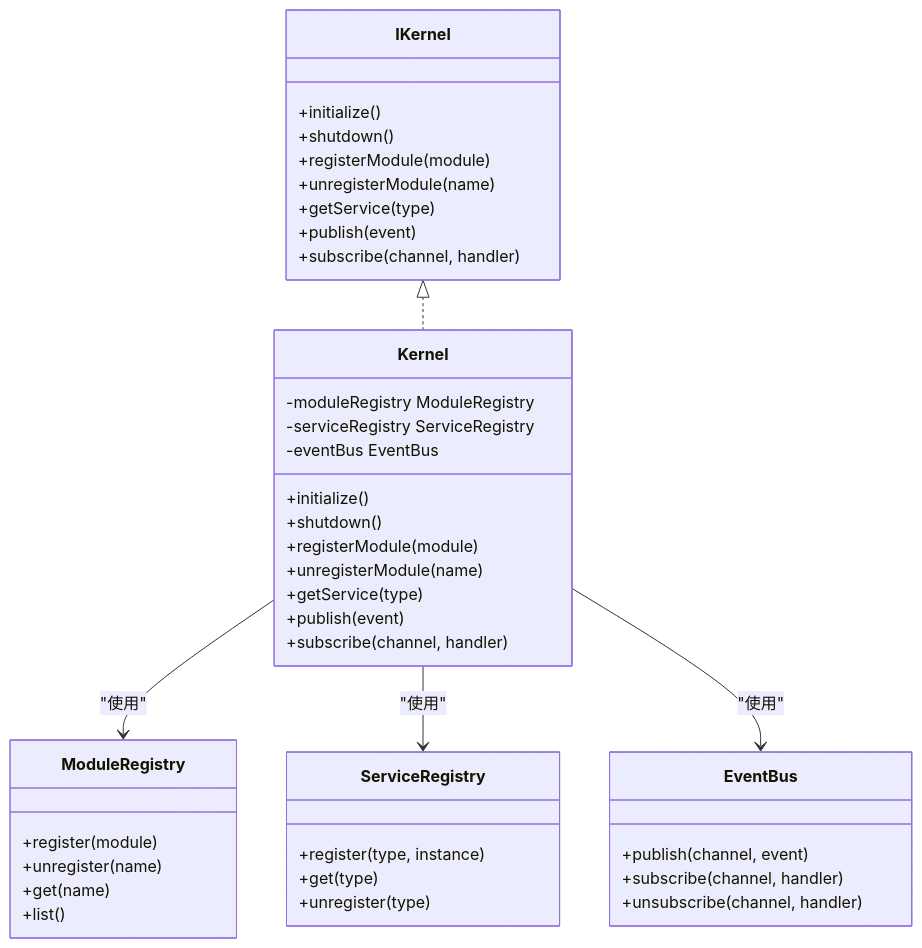
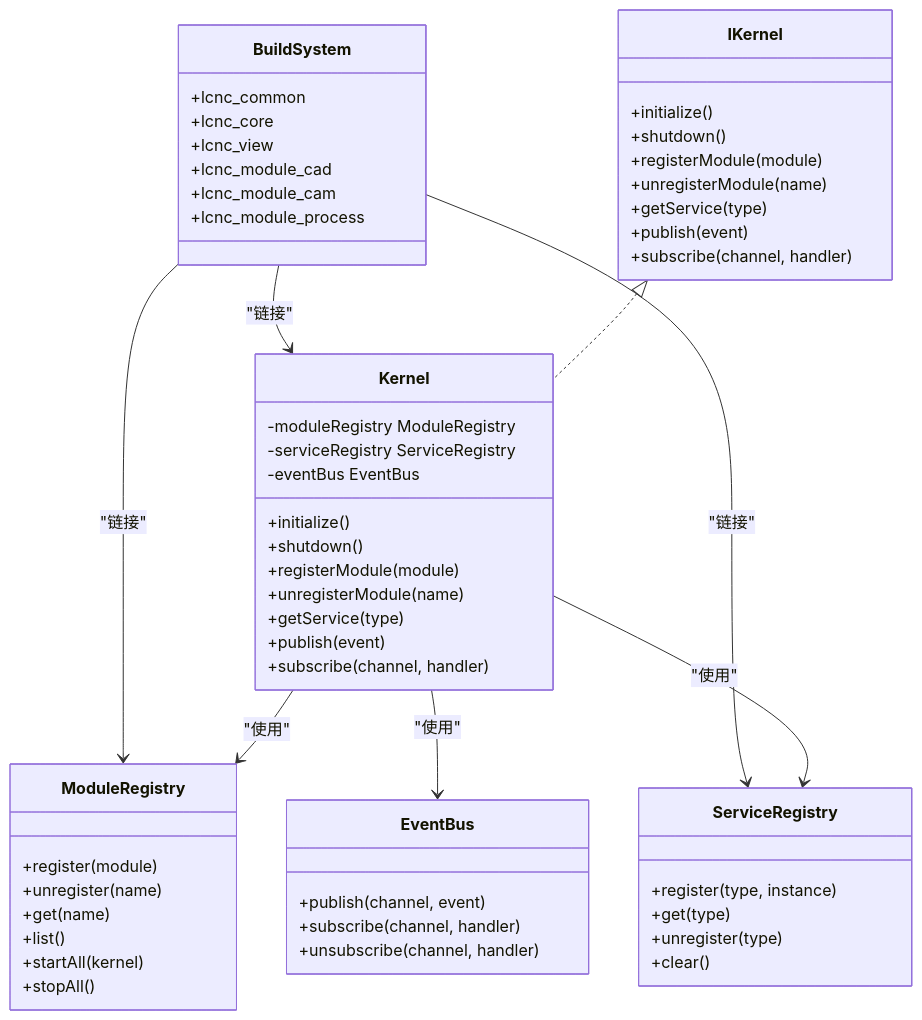
One commit to super1wang/LaserCNCv1.0 changed the second of 9 diagrams in .qoder/repowiki/zh/content/架构设计/微内核架构.md. Above: the diagram before and after it, drawn with Mermaid. The commit also changed other lines of this file and 23 other files, not shown here.

````diff
--- a/.qoder/repowiki/zh/content/架构设计/微内核架构.md
+++ b/.qoder/repowiki/zh/content/架构设计/微内核架构.md
@@ -129,44 +158,58 @@
 ```mermaid
 classDiagram
 class IKernel {
 +initialize()
 +shutdown()
 +registerModule(module)
 +unregisterModule(name)
 +getService(type)
 +publish(event)
 +subscribe(channel, handler)
 }
 class Kernel {
 -moduleRegistry ModuleRegistry
 -serviceRegistry ServiceRegistry
 -eventBus EventBus
 +initialize()
 +shutdown()
 +registerModule(module)
 +unregisterModule(name)
 +getService(type)
 +publish(event)
 +subscribe(channel, handler)
 }
 class ModuleRegistry {
 +register(module)
 +unregister(name)
 +get(name)
 +list()
++startAll(kernel)
++stopAll()
 }
 class ServiceRegistry {
 +register(type, instance)
 +get(type)
 +unregister(type)
++clear()
 }
 class EventBus {
 +publish(channel, event)
 +subscribe(channel, handler)
 +unsubscribe(channel, handler)
 }
+class BuildSystem {
++lcnc_common
++lcnc_core
++lcnc_view
++lcnc_module_cad
++lcnc_module_cam
++lcnc_module_process
+}
 IKernel <|.. Kernel
 Kernel --> ModuleRegistry : "使用"
 Kernel --> ServiceRegistry : "使用"
 Kernel --> EventBus : "使用"
+BuildSystem --> Kernel : "链接"
+BuildSystem --> ModuleRegistry : "链接"
+BuildSystem --> ServiceRegistry : "链接"
 ```
````
